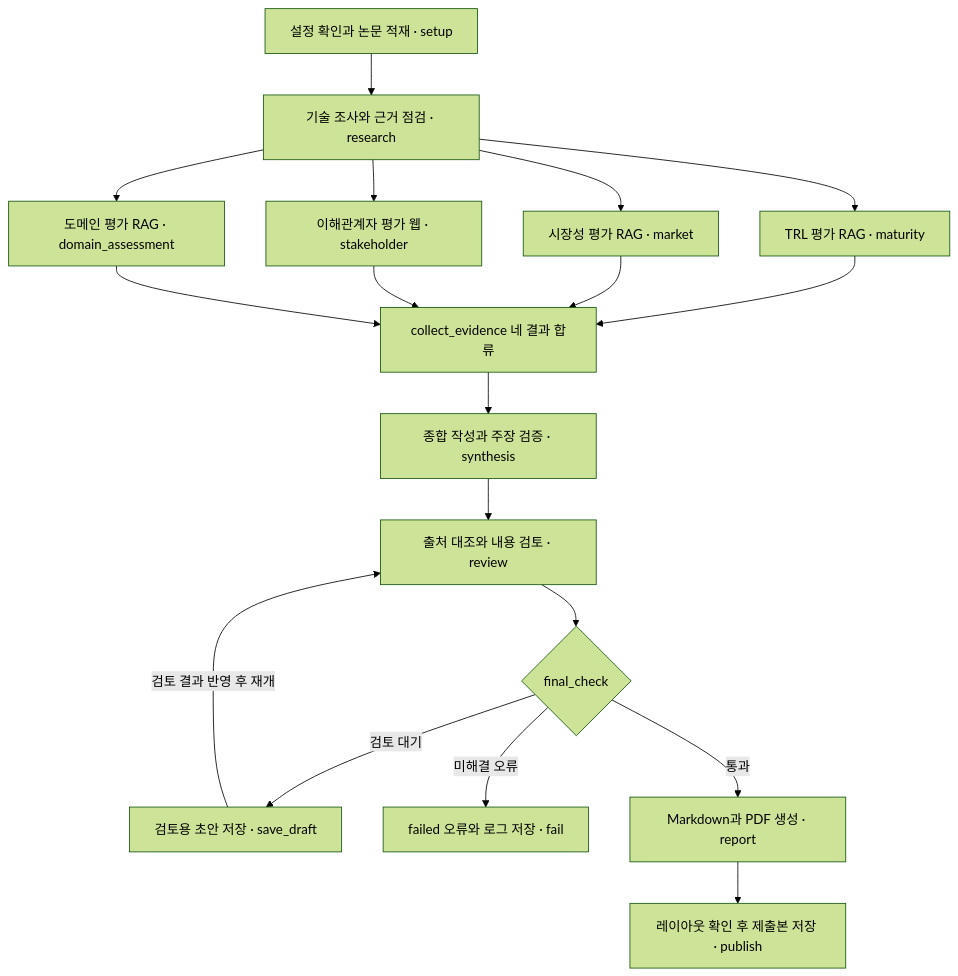
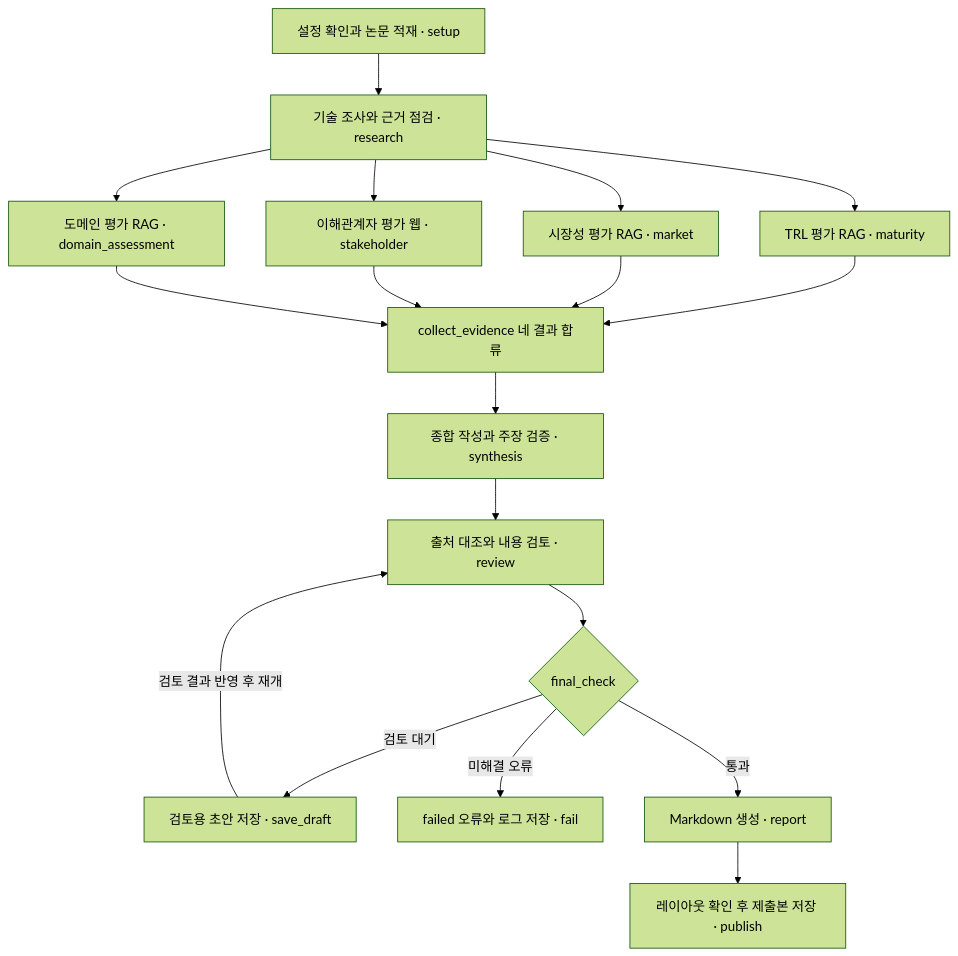
One commit to MK513/kv-cache-rag changed the diagram in README.md. Above: the diagram before and after it, drawn with Mermaid (forest theme). The commit also changed other lines of this file, not shown here.

````diff
--- a/README.md
+++ b/README.md
@@ -55,20 +65,20 @@
 ```mermaid
 flowchart TD
   A[설정 확인과 논문 적재 · setup] --> B[기술 조사와 근거 점검 · research]
   B --> T[TRL 평가 RAG · maturity]
   B --> M[시장성 평가 RAG · market]
   B --> S[이해관계자 평가 웹 · stakeholder]
   B --> D[도메인 평가 RAG · domain_assessment]
   T --> C[collect_evidence 네 결과 합류]
   M --> C
   S --> C
   D --> C
   C --> F[종합 작성과 주장 검증 · synthesis]
   F --> R[출처 대조와 내용 검토 · review]
   R --> V{final_check}
   V -->|검토 대기| W[검토용 초안 저장 · save_draft]
   W -->|검토 결과 반영 후 재개| R
   V -->|미해결 오류| X[failed 오류와 로그 저장 · fail]
-  V -->|통과| G[Markdown과 PDF 생성 · report]
+  V -->|통과| G[Markdown 생성 · report]
   G --> Z[레이아웃 확인 후 제출본 저장 · publish]
 ```
````
